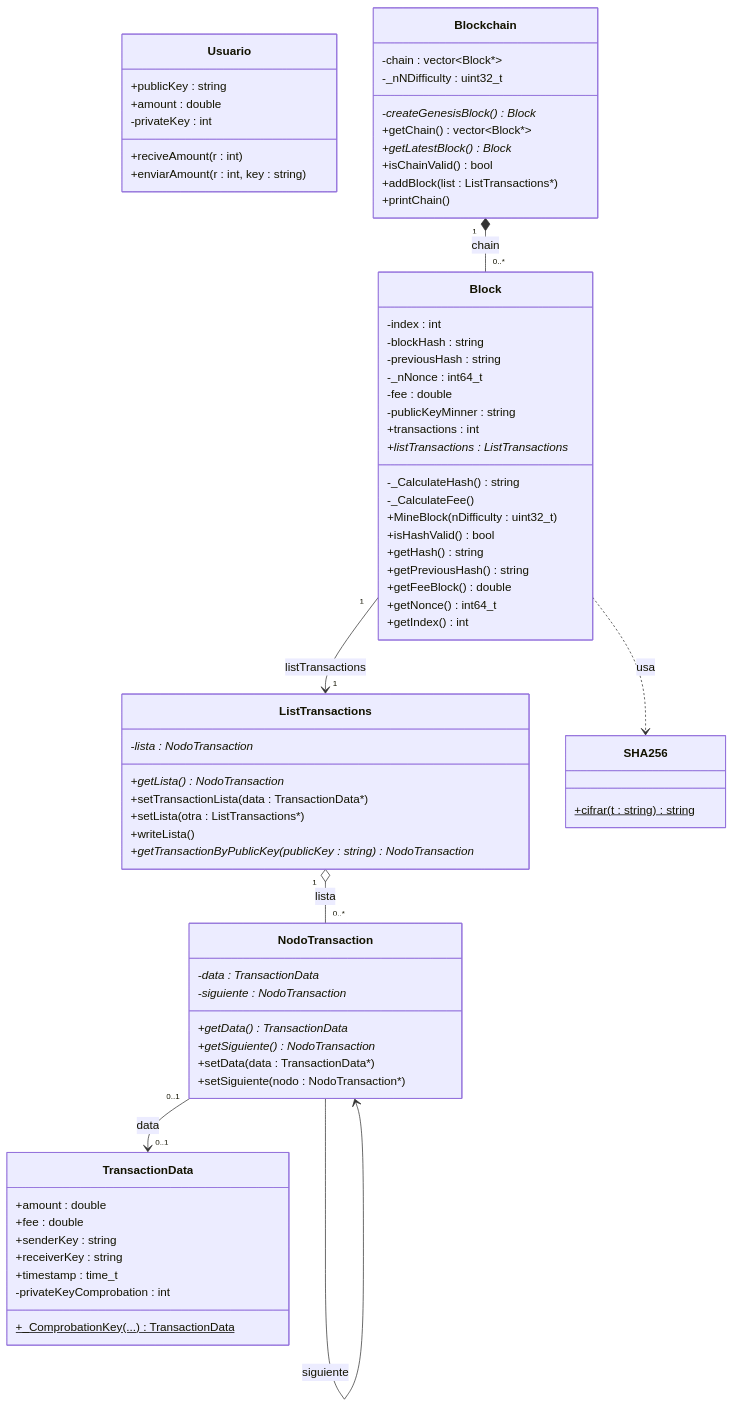
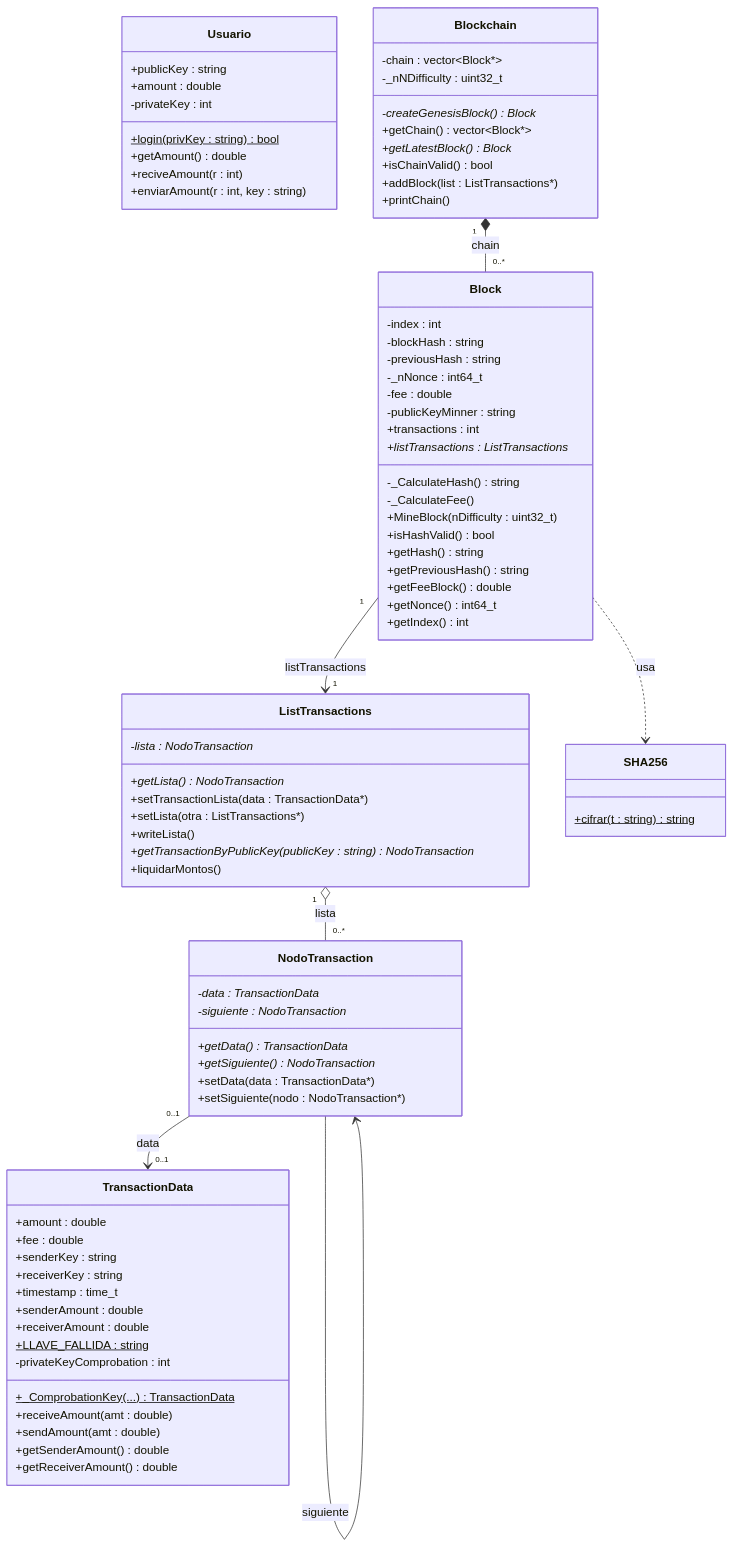
Before and after one commit to XGGMasterX/blockchain: the second of 6 diagrams in docs/ARCHITECTURE.md, drawn with Mermaid. The commit also changed other lines of this file and 1 other file, not shown here.

```diff
--- a/docs/ARCHITECTURE.md
+++ b/docs/ARCHITECTURE.md
@@ -74,6 +74,8 @@
         +publicKey : string
         +amount : double
         -privateKey : int
+        +login(privKey : string) bool$
+        +getAmount() double
         +reciveAmount(r : int)
         +enviarAmount(r : int, key : string)
     }
@@ -116,6 +118,7 @@
         +setLista(otra : ListTransactions*)
         +writeLista()
         +getTransactionByPublicKey(publicKey : string) NodoTransaction*
+        +liquidarMontos()
     }
 
     class NodoTransaction {
@@ -133,8 +136,15 @@
         +senderKey : string
         +receiverKey : string
         +timestamp : time_t
+        +senderAmount : double
+        +receiverAmount : double
+        +LLAVE_FALLIDA : string$
         -privateKeyComprobation : int
         +_ComprobationKey(...) TransactionData$
+        +receiveAmount(amt : double)
+        +sendAmount(amt : double)
+        +getSenderAmount() double
+        +getReceiverAmount() double
     }
 
     class SHA256 {
```
